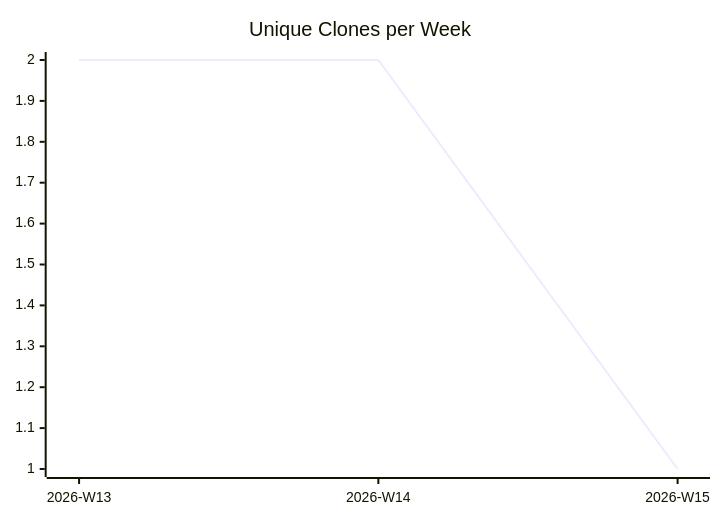
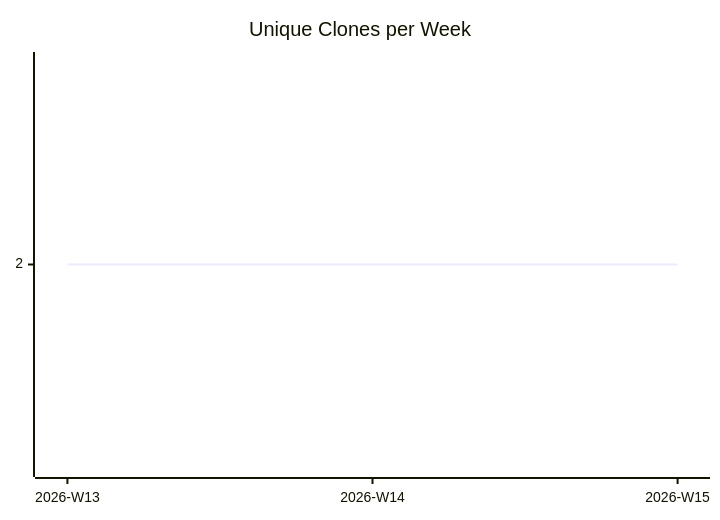
One commit to justdavis-family/github-analytics-data changed the third of 3 diagrams in karlmdavis/m2e-core-tests/README.md. Above: the diagram before and after it, drawn with Mermaid. The commit also changed other lines of this file and 174 other files, not shown here.

````diff
--- a/karlmdavis/m2e-core-tests/README.md
+++ b/karlmdavis/m2e-core-tests/README.md
@@ -19,6 +19,6 @@
 ```mermaid
 xychart-beta
   title "Unique Clones per Week"
   x-axis ["2026-W13", "2026-W14", "2026-W15"]
-  line [2, 2, 1]
+  line [2, 2, 2]
 ```
````
